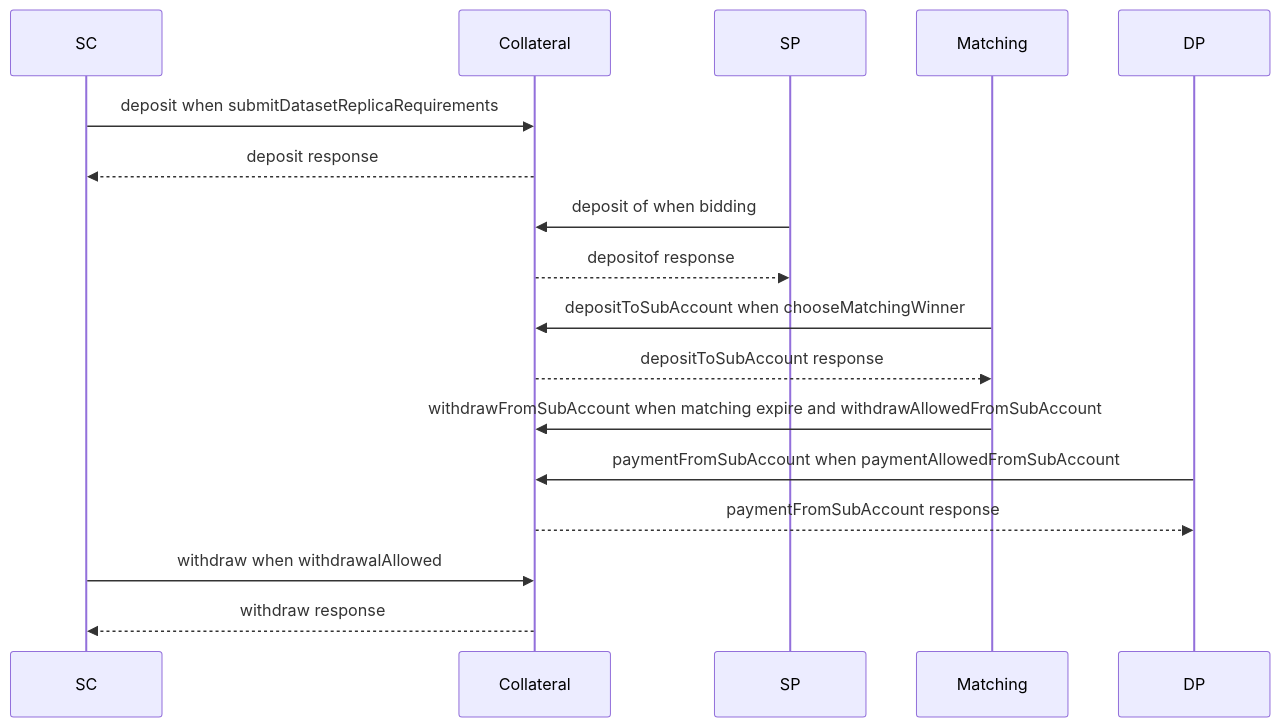
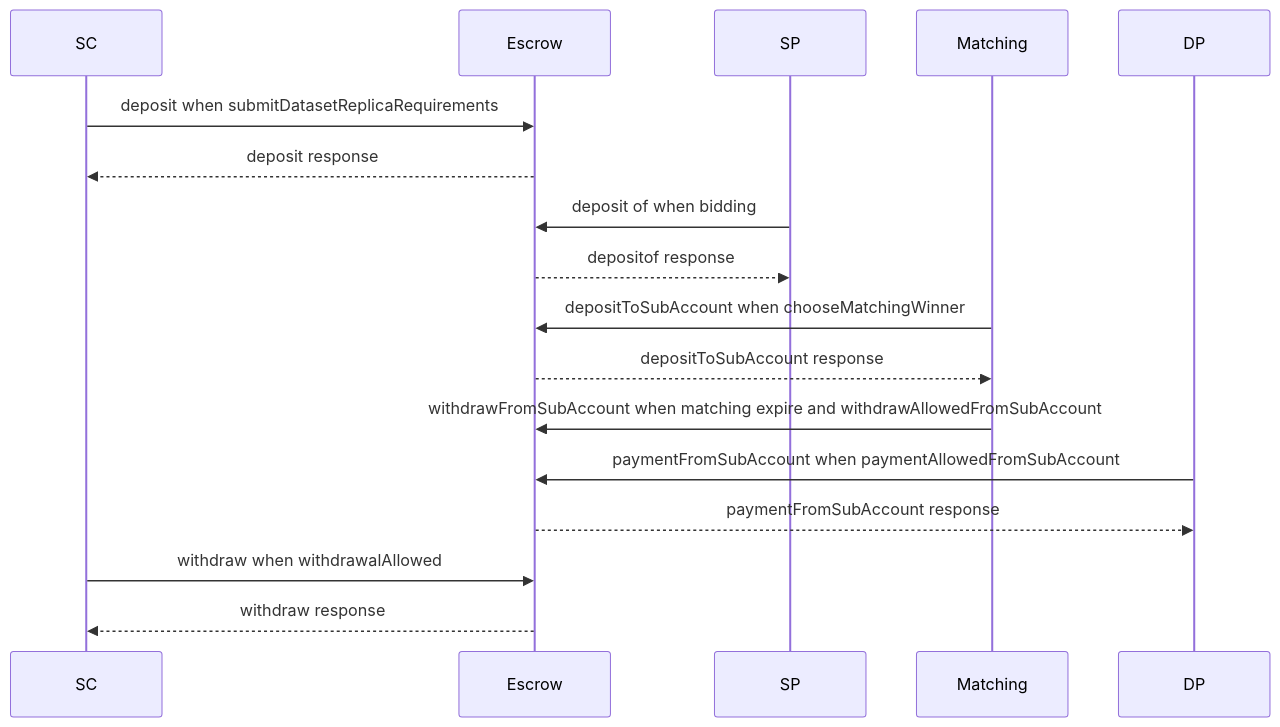
The sixth of 8 diagrams in systems/core/escrow/Readme.md (dataswap/specs), drawn with Mermaid before and after one commit. The commit also changed other lines of this file, not shown here.

````diff
--- a/systems/core/escrow/Readme.md
+++ b/systems/core/escrow/Readme.md
@@ -138,14 +138,14 @@
 ```mermaid
 sequenceDiagram
-   SC ->> Collateral: deposit when submitDatasetReplicaRequirements
-   Collateral -->> SC: deposit response
-   SP ->> Collateral: deposit of when bidding
-   Collateral -->> SP: depositof response
-   Matching ->> Collateral: depositToSubAccount when chooseMatchingWinner
-   Collateral -->> Matching: depositToSubAccount response
-   Matching ->> Collateral: withdrawFromSubAccount when matching expire and withdrawAllowedFromSubAccount
-   DP ->> Collateral: paymentFromSubAccount when paymentAllowedFromSubAccount
-   Collateral -->> DP: paymentFromSubAccount response
-   SC ->> Collateral: withdraw when withdrawalAllowed
-   Collateral -->> SC: withdraw response
+   SC ->> Escrow: deposit when submitDatasetReplicaRequirements
+   Escrow -->> SC: deposit response
+   SP ->> Escrow: deposit of when bidding
+   Escrow -->> SP: depositof response
+   Matching ->> Escrow: depositToSubAccount when chooseMatchingWinner
+   Escrow -->> Matching: depositToSubAccount response
+   Matching ->> Escrow: withdrawFromSubAccount when matching expire and withdrawAllowedFromSubAccount
+   DP ->> Escrow: paymentFromSubAccount when paymentAllowedFromSubAccount
+   Escrow -->> DP: paymentFromSubAccount response
+   SC ->> Escrow: withdraw when withdrawalAllowed
+   Escrow -->> SC: withdraw response
 ```
````
